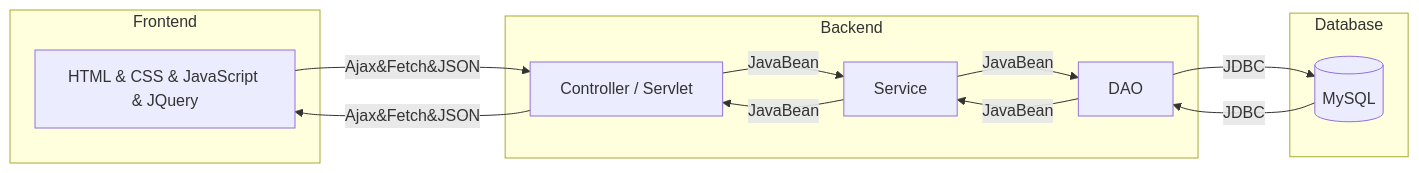
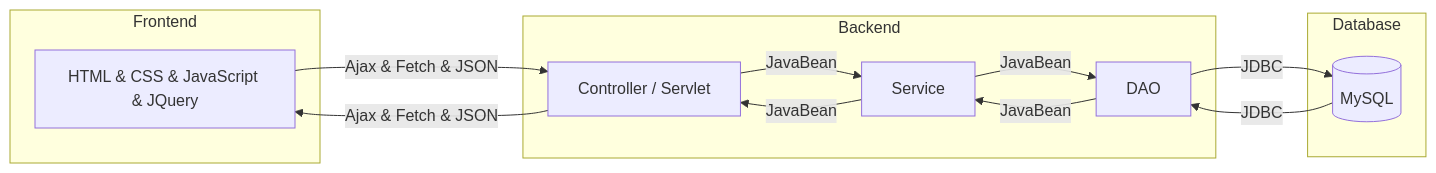
The diagram in README.md (TLexYuW/CGA103G1OwnPart), drawn with Mermaid before and after one commit.

````diff
--- a/README.md
+++ b/README.md
@@ -9,26 +9,26 @@
 ```mermaid
 flowchart LR
 	W[HTML & CSS & JavaScript & JQuery]
 	Svl[Controller / Servlet]
 	S[Service]
 	M[DAO]
 	DB[(MySQL)]
 	
 	subgraph Database
 		DB
 	end
 	
 	subgraph Backend
 		Svl
 		S
 		M
 	end
 	
 	subgraph Frontend
 		W
 	end
 	
-	W -->|Ajax&Fetch&JSON| Svl -->|JavaBean| S -->|JavaBean| M -->|JDBC| DB
+	W -->|Ajax & Fetch & JSON| Svl -->|JavaBean| S -->|JavaBean| M -->|JDBC| DB
 	
-	DB -->|JDBC| M -->|JavaBean| S -->|JavaBean| Svl -->|Ajax&Fetch&JSON| W
+	DB -->|JDBC| M -->|JavaBean| S -->|JavaBean| Svl -->|Ajax & Fetch & JSON| W
 ```
````
